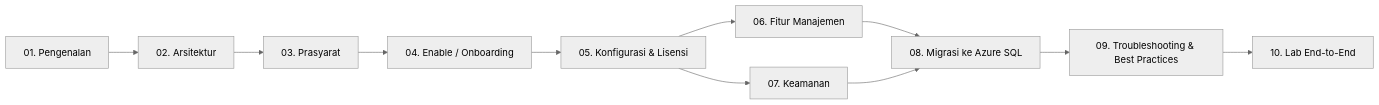
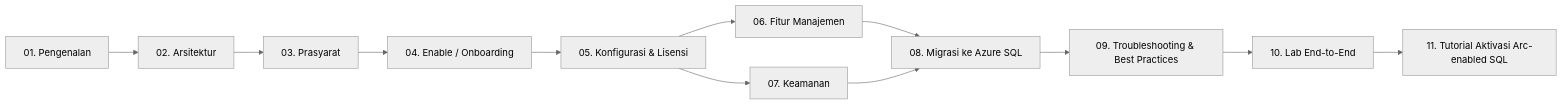
The diagram in README.md (edhotp/Belajar-Azure-Arc-Enable-SQL), drawn with Mermaid (neutral theme) before and after one commit. The commit also changed other lines of this file, not shown here.

````diff
--- a/README.md
+++ b/README.md
@@ -10,13 +10,14 @@
 ```mermaid
 flowchart LR
     A[01. Pengenalan] --> B[02. Arsitektur]
     B --> C[03. Prasyarat]
     C --> D[04. Enable / Onboarding]
     D --> E[05. Konfigurasi & Lisensi]
     E --> F[06. Fitur Manajemen]
     E --> G[07. Keamanan]
     F --> H[08. Migrasi ke Azure SQL]
     G --> H
     H --> I[09. Troubleshooting & Best Practices]
     I --> J[10. Lab End-to-End]
+    J --> K[11. Tutorial Aktivasi Arc-enabled SQL]
 ```
````
